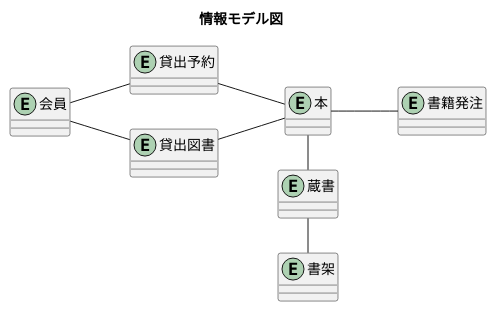
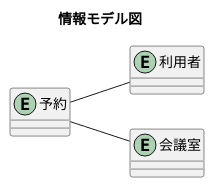
Before and after one commit to k2works/case-study-mrs: diagram 12 of 15 in docs/index.adoc, drawn with PlantUML. The commit also changed other lines of this file, not shown here.

```diff
--- a/docs/index.adoc
+++ b/docs/index.adoc
@@ -494,32 +381,17 @@
 [plantuml]
 ----
 @startuml
 
 title 情報モデル図
 
 left to right direction
 
-entity 会員
+entity 利用者
+entity 予約
+entity 会議室
 
-entity 本
-entity 蔵書
-entity 書架
-
-entity 貸出予約
-entity 貸出図書
-
-entity 書籍発注
-
-会員 -- 貸出予約
-貸出予約 -- 本
-
-会員 -- 貸出図書
-貸出図書 -- 本
-
-本 - 蔵書
-蔵書 - 書架
-
-本 -- 書籍発注
+予約 -- 利用者
+予約 -- 会議室
 
 @enduml
 ----
```
